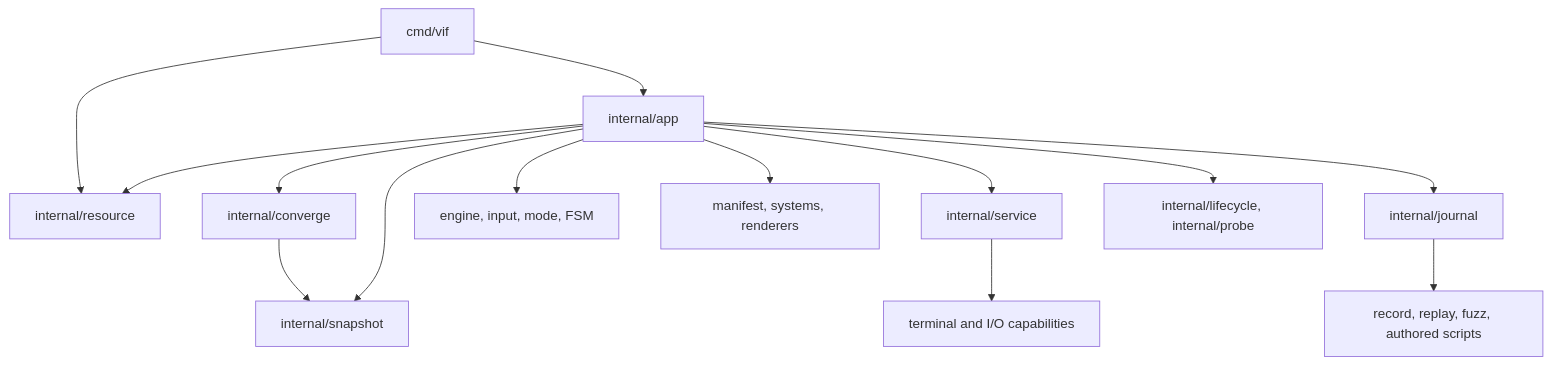
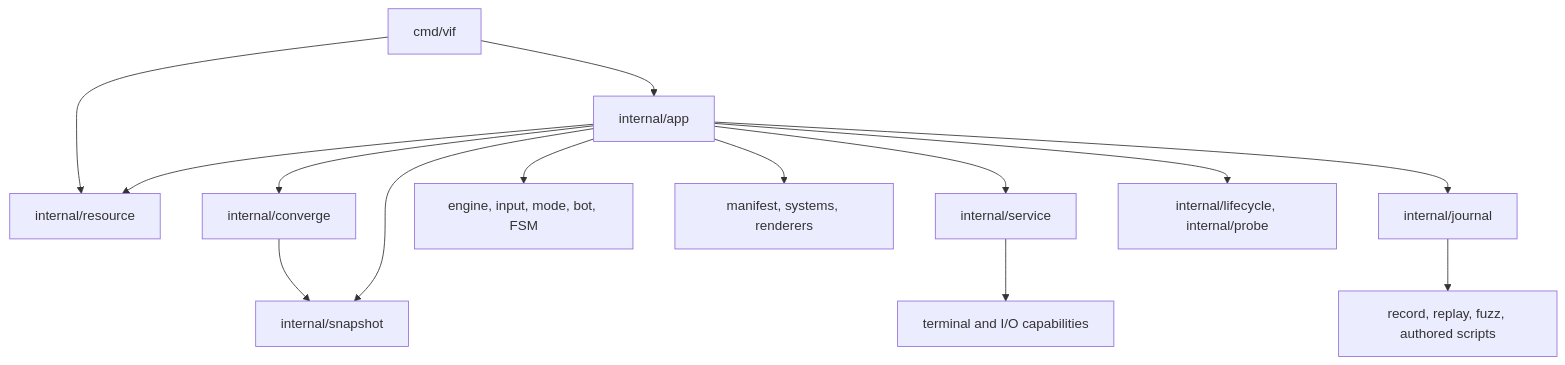
The first of 4 diagrams in doc/package-map.md (lixenwraith/vif), drawn with Mermaid before and after one commit. The commit also changed other lines of this file and 3 other files, not shown here.

````diff
--- a/doc/package-map.md
+++ b/doc/package-map.md
@@ -9,16 +9,16 @@
 ```mermaid
 flowchart TD
     Vif["cmd/vif"] --> App["internal/app"]
     Vif --> Resource["internal/resource"]
     App --> Resource
     App --> Converge["internal/converge"]
     Converge --> Snapshot["internal/snapshot"]
     App --> Snapshot
     App --> Services["internal/service"]
-    App --> Runtime["engine, input, mode, FSM"]
+    App --> Runtime["engine, input, mode, bot, FSM"]
     App --> Assembly["manifest, systems, renderers"]
     App --> Journal["internal/journal"]
     App --> Supervised["internal/lifecycle, internal/probe"]
     Journal --> Streams["record, replay, fuzz, authored scripts"]
     Services --> External["terminal and I/O capabilities"]
 ```
````
